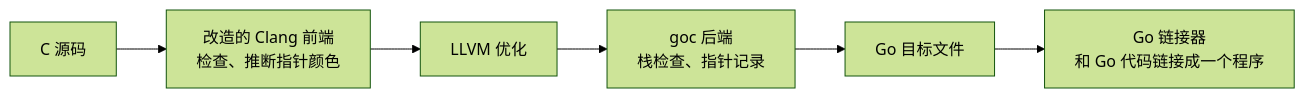
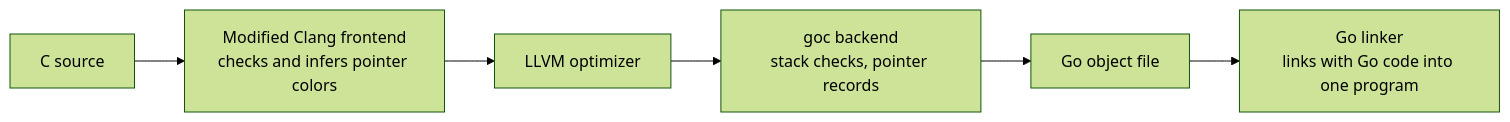
The diagram in README.md (LoyieKing/goc), drawn with Mermaid (forest theme) before and after one commit. The commit also changed other lines of this file and 2 other files, not shown here.

Commit message:
docs: English README as default, Chinese in README.zh-CN.md; roadmap adds out-of-the-box toolchain and goc<->Go call-cost benchmark

````diff
--- a/README.md
+++ b/README.md
@@ -156,8 +158,8 @@
 ```mermaid
 flowchart LR
-    A["C 源码"] --> B["改造的 Clang 前端<br/>检查、推断指针颜色"]
-    B --> C["LLVM 优化"]
-    C --> D["goc 后端<br/>栈检查、指针记录"]
-    D --> E["Go 目标文件"]
-    E --> F["Go 链接器<br/>和 Go 代码链接成一个程序"]
+    A["C source"] --> B["Modified Clang frontend<br/>checks and infers pointer colors"]
+    B --> C["LLVM optimizer"]
+    C --> D["goc backend<br/>stack checks, pointer records"]
+    D --> E["Go object file"]
+    E --> F["Go linker<br/>links with Go code into one program"]
 ```
````
